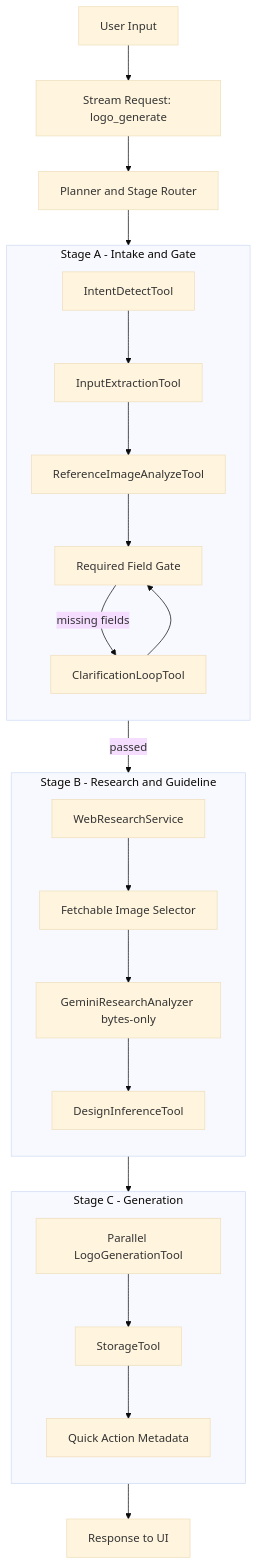
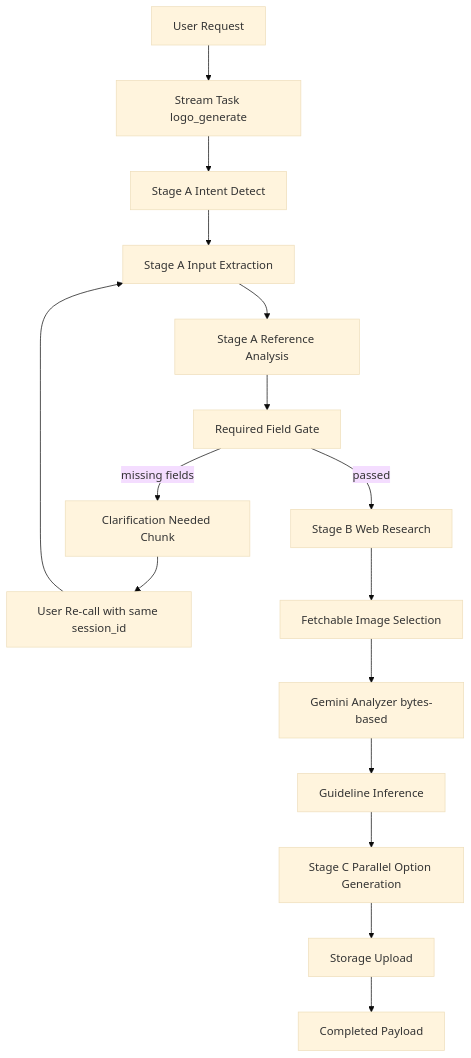
Before and after one commit to Ne4nf/Agent-Memory: the first of 3 diagrams in architecture.md, drawn with Mermaid (base theme). The commit also changed other lines of this file, not shown here.

````diff
--- a/architecture.md
+++ b/architecture.md
@@ -100,34 +106,20 @@
 ```mermaid
 flowchart TD
-  U[User Input] --> R[Stream Request: logo_generate]
-  R --> P[Planner and Stage Router]
+  U[User Request] --> S[Stream Task logo_generate]
+  S --> A1[Stage A Intent Detect]
+  A1 --> A2[Stage A Input Extraction]
+  A2 --> A3[Stage A Reference Analysis]
+  A3 --> A4[Required Field Gate]
 
-  subgraph A[Stage A - Intake and Gate]
-    direction TB
-    A1[IntentDetectTool]
-    A2[InputExtractionTool]
-    A3[ReferenceImageAnalyzeTool]
-    A4[Required Field Gate]
-    A5[ClarificationLoopTool]
-  end
+  A4 -->|missing fields| AQ[Clarification Needed Chunk]
+  AQ --> AR[User Re-call with same session_id]
+  AR --> A2
 
-  subgraph B[Stage B - Research and Guideline]
-    direction TB
-    B1[WebResearchService]
-    B2[Fetchable Image Selector]
-    B3[GeminiResearchAnalyzer bytes-only]
-    B4[DesignInferenceTool]
-  end
-
-  subgraph C[Stage C - Generation]
-    direction TB
-    C1[Parallel LogoGenerationTool]
-    C2[StorageTool]
-    C3[Quick Action Metadata]
-  end
-
-  P --> A1 --> A2 --> A3 --> A4
-  A4 -->|missing fields| A5 --> A4
-  A4 -->|passed| B1 --> B2 --> B3 --> B4 --> C1 --> C2 --> C3
-  C3 --> O[Response to UI]
+  A4 -->|passed| B1[Stage B Web Research]
+  B1 --> B2[Fetchable Image Selection]
+  B2 --> B3[Gemini Analyzer bytes-based]
+  B3 --> B4[Guideline Inference]
+  B4 --> C1[Stage C Parallel Option Generation]
+  C1 --> C2[Storage Upload]
+  C2 --> O[Completed Payload]
 ```
````
